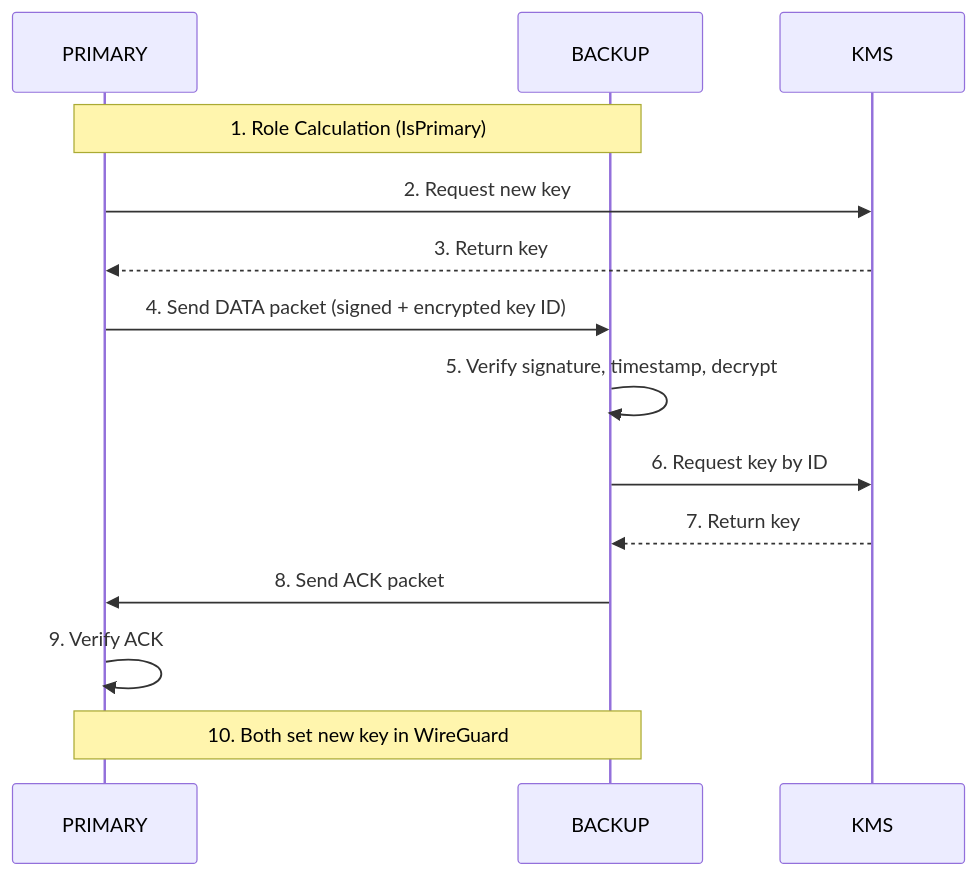
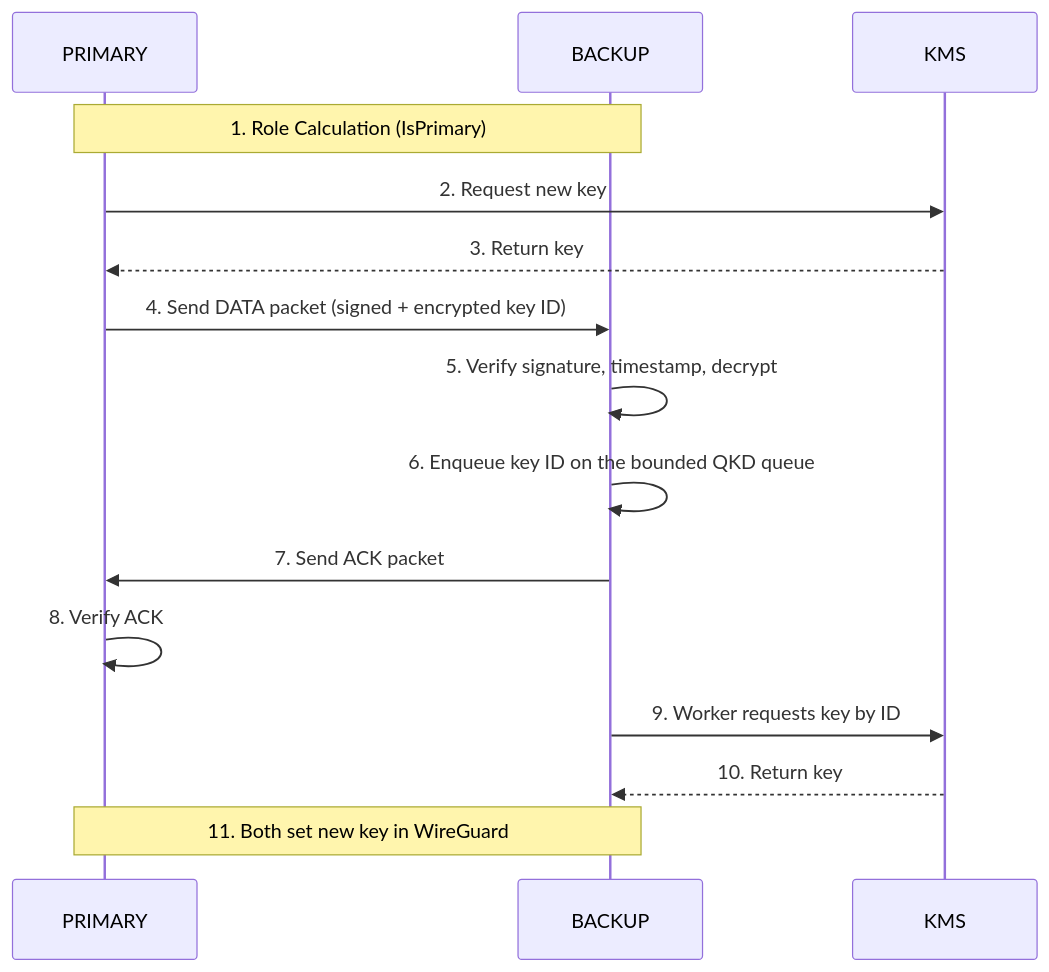
The first of 2 diagrams in CODEFLOW.md (arnika-project/arnika), drawn with Mermaid before and after one commit. The commit also changed other lines of this file and 2 other files, not shown here.

First line of the commit message:
document the derived key age, calculated rate limit and clock recovery

````diff
--- a/CODEFLOW.md
+++ b/CODEFLOW.md
@@ -16,17 +16,18 @@
 ```mermaid
 sequenceDiagram
     participant PRIMARY
     participant BACKUP
     participant KMS
 
     Note over PRIMARY,BACKUP: 1. Role Calculation (IsPrimary)
     PRIMARY->>KMS: 2. Request new key
     KMS-->>PRIMARY: 3. Return key
     PRIMARY->>BACKUP: 4. Send DATA packet (signed + encrypted key ID)
     BACKUP->>BACKUP: 5. Verify signature, timestamp, decrypt
-    BACKUP->>KMS: 6. Request key by ID
-    KMS-->>BACKUP: 7. Return key
-    BACKUP->>PRIMARY: 8. Send ACK packet
-    PRIMARY->>PRIMARY: 9. Verify ACK
-    Note over PRIMARY,BACKUP: 10. Both set new key in WireGuard
+    BACKUP->>BACKUP: 6. Enqueue key ID on the bounded QKD queue
+    BACKUP->>PRIMARY: 7. Send ACK packet
+    PRIMARY->>PRIMARY: 8. Verify ACK
+    BACKUP->>KMS: 9. Worker requests key by ID
+    KMS-->>BACKUP: 10. Return key
+    Note over PRIMARY,BACKUP: 11. Both set new key in WireGuard
 ```
````
